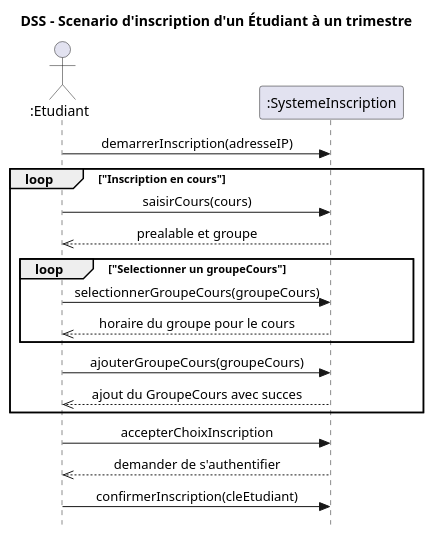
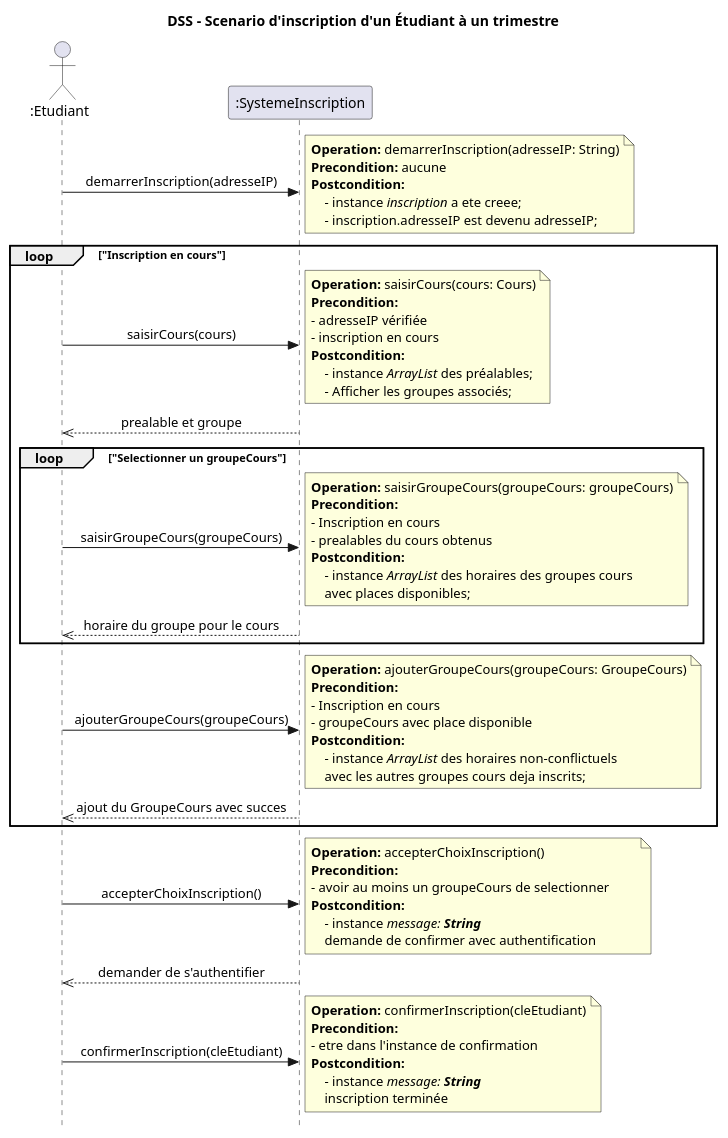
The diagram in dss.puml (Sh4ytan/log210TPHebdo), drawn with PlantUML before and after one commit.

Commit message:
dss terminé, il manque juste  les attributs du MDD à faire

```diff
--- a/dss.puml
+++ b/dss.puml
@@ -1,31 +1,81 @@
 @startuml
 skinparam style strictuml
 skinparam defaultfontname Verdana
 skinparam sequence {
     MessageAlign center
 }
 title DSS - Scenario d'inscription d'un Étudiant à un trimestre  
 
 actor ":Etudiant" as e
 participant ":SystemeInscription" as si
 
 e->si: demarrerInscription(adresseIP)
+    note right 
+        <b>Operation:</b> demarrerInscription(adresseIP: String)
+        <b>Precondition:</b> aucune
+        <b>Postcondition:</b> 
+            - instance <i>inscription</i> a ete creee;
+            - inscription.adresseIP est devenu adresseIP;
+    end note
 
 loop "Inscription en cours"
     e->si: saisirCours(cours)
-    e<<--si: prealable et groupe
+        note right 
+            <b>Operation:</b> saisirCours(cours: Cours)
+            <b>Precondition:</b>
+            - adresseIP vérifiée
+            - inscription en cours
+            <b>Postcondition:</b> 
+                - instance <i>ArrayList</i> des préalables;
+                - Afficher les groupes associés;
+        end note
+    e<<--si: prealable et groupe        
 
     loop "Selectionner un groupeCours"
-        e->si: selectionnerGroupeCours(groupeCours)
+        e->si: saisirGroupeCours(groupeCours)
+            note right 
+                <b>Operation:</b> saisirGroupeCours(groupeCours: groupeCours)
+                <b>Precondition:</b>
+                - Inscription en cours
+                - prealables du cours obtenus
+                <b>Postcondition:</b> 
+                    - instance <i>ArrayList </i>des horaires des groupes cours
+                    avec places disponibles;     
+            end note
         e<<--si: horaire du groupe pour le cours
     end loop
 
     e->si: ajouterGroupeCours(groupeCours)
+        note right 
+            <b>Operation:</b> ajouterGroupeCours(groupeCours: GroupeCours)
+            <b>Precondition:</b>
+            - Inscription en cours
+            - groupeCours avec place disponible
+            <b>Postcondition:</b> 
+                - instance <i>ArrayList </i>des horaires non-conflictuels
+                avec les autres groupes cours deja inscrits;       
+        end note
     e<<--si: ajout du GroupeCours avec succes
 end loop
 
-e->si: accepterChoixInscription
+e->si: accepterChoixInscription()
+    note right 
+        <b>Operation:</b> accepterChoixInscription()
+        <b>Precondition:</b>
+        - avoir au moins un groupeCours de selectionner        
+        <b>Postcondition:</b> 
+            - instance <i>message: <b>String</b> </i>
+            demande de confirmer avec authentification     
+    end note
 e<<--si: demander de s'authentifier
 
 e->si: confirmerInscription(cleEtudiant)
+    note right 
+        <b>Operation:</b> confirmerInscription(cleEtudiant)
+        <b>Precondition:</b>
+        - etre dans l'instance de confirmation        
+        <b>Postcondition:</b> 
+            - instance <i>message: <b>String</b> </i>
+            inscription terminée     
+    end note
 @enduml
```
